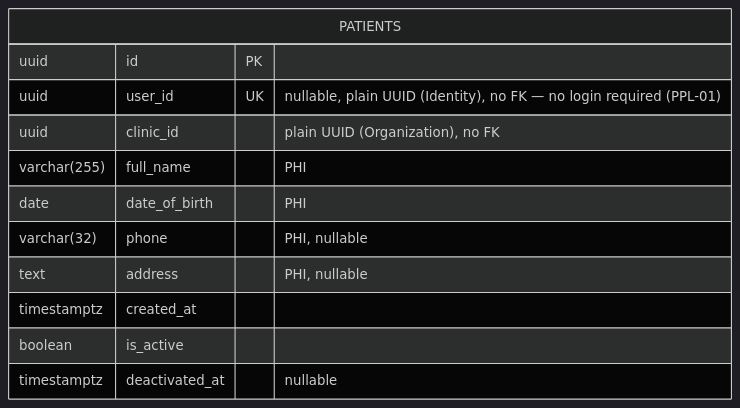
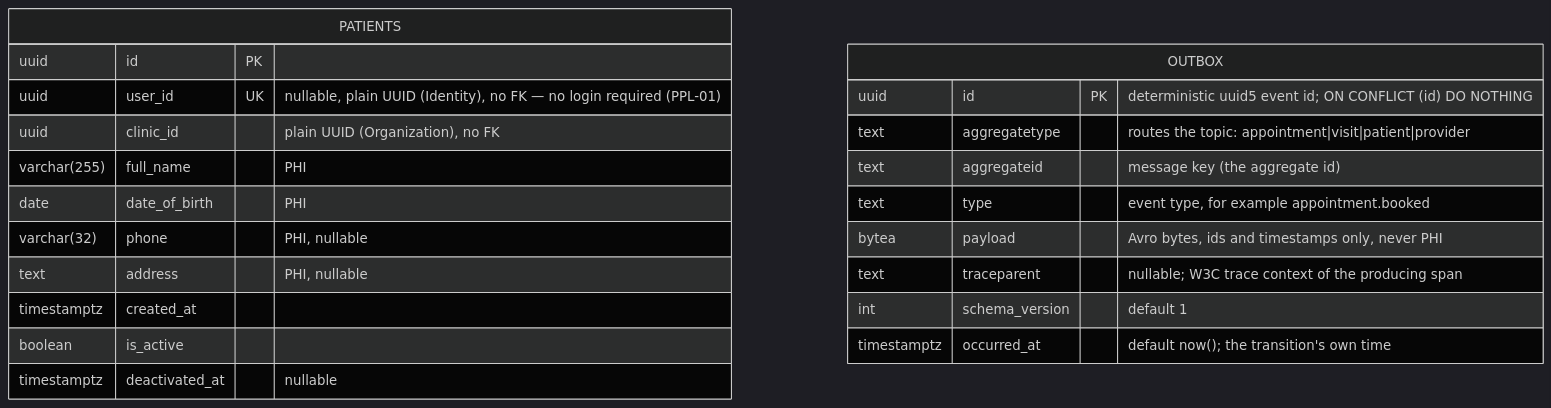
One commit to umarEmumba/smarthealth changed the fourth of 9 diagrams in docs/erd.md. Above: the diagram before and after it, drawn with Mermaid (dark theme). The commit also changed other lines of this file and 11 other files, not shown here.

First line of the commit message:
docs(03-18): ERD, NFR page, load-test README and the stale visit docstrings

````diff
--- a/docs/erd.md
+++ b/docs/erd.md
@@ -138,15 +160,25 @@
 ```mermaid
 erDiagram
     PATIENTS {
         uuid id PK
         uuid user_id UK "nullable, plain UUID (Identity), no FK — no login required (PPL-01)"
         uuid clinic_id "plain UUID (Organization), no FK"
         varchar(255) full_name "PHI"
         date date_of_birth "PHI"
         varchar(32) phone "PHI, nullable"
         text address "PHI, nullable"
         timestamptz created_at
         boolean is_active
         timestamptz deactivated_at "nullable"
     }
+    OUTBOX {
+        uuid id PK "deterministic uuid5 event id; ON CONFLICT (id) DO NOTHING"
+        text aggregatetype "routes the topic: appointment|visit|patient|provider"
+        text aggregateid "message key (the aggregate id)"
+        text type "event type, for example appointment.booked"
+        bytea payload "Avro bytes, ids and timestamps only, never PHI"
+        text traceparent "nullable; W3C trace context of the producing span"
+        int schema_version "default 1"
+        timestamptz occurred_at "default now(); the transition's own time"
+    }
 ```
````
